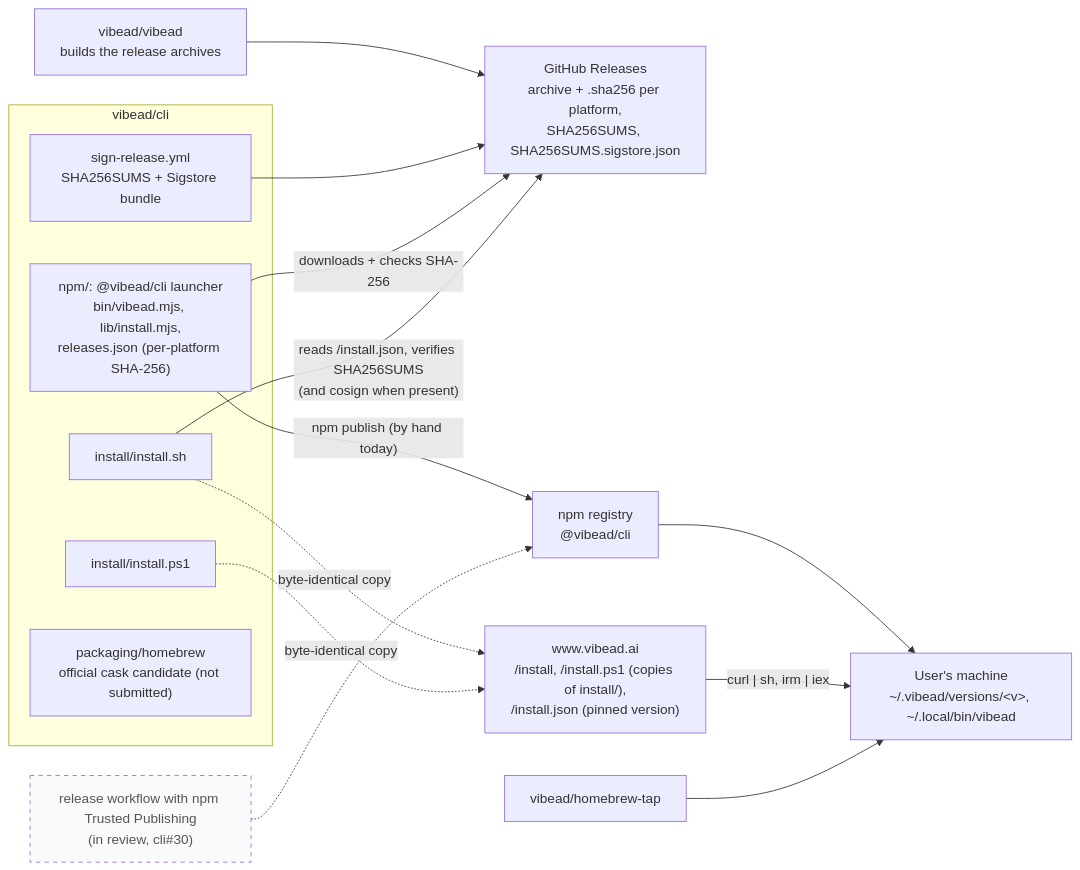
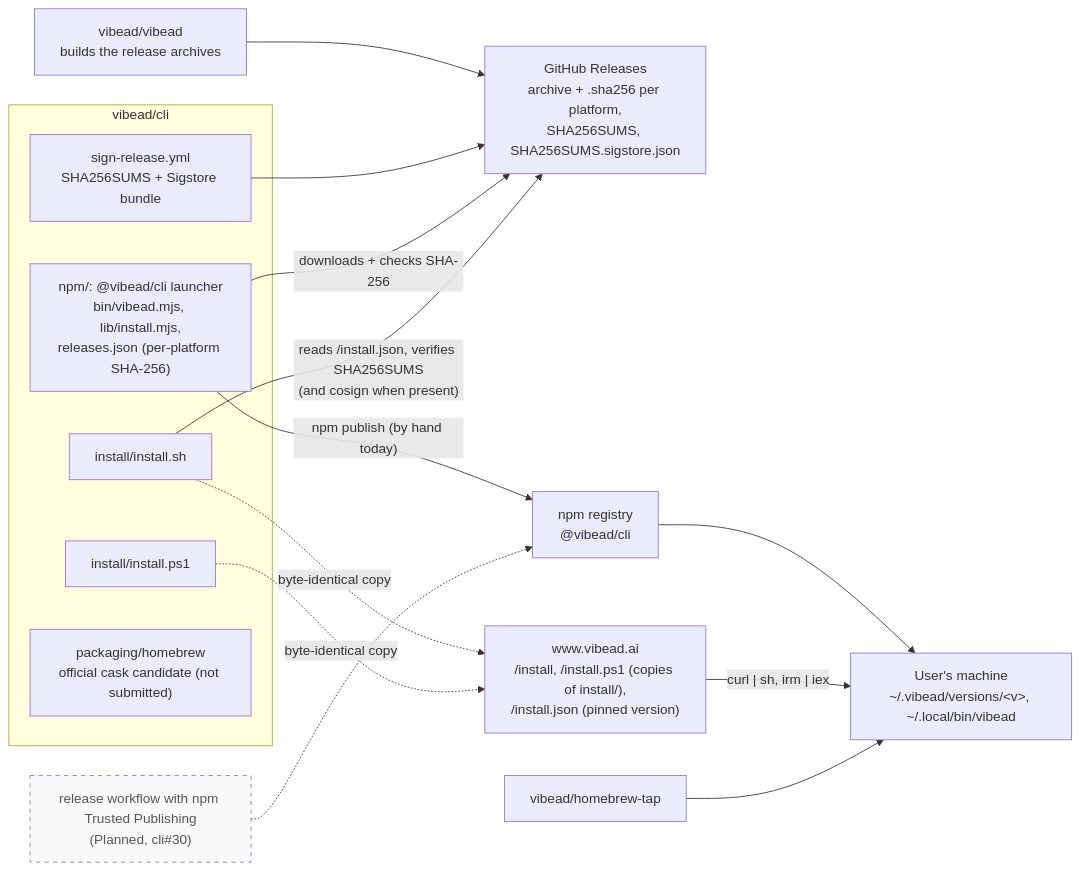
One commit to vibead/cli changed the first of 2 diagrams in docs/system-design/README.md. Above: the diagram before and after it, drawn with Mermaid. The commit also changed other lines of this file and 2 other files, not shown here.

Commit message:
Docs check: run the design-doc gate in CI ('Design doc updated' job); design doc uses the Live / Merged, not released / Planned legend

````diff
--- a/docs/system-design/README.md
+++ b/docs/system-design/README.md
@@ -11,30 +19,30 @@
 ```mermaid
 flowchart LR
   subgraph Repo["vibead/cli"]
     NPM["npm/: @vibead/cli launcher<br/>bin/vibead.mjs, lib/install.mjs,<br/>releases.json (per-platform SHA-256)"]
     SH["install/install.sh"]
     PS["install/install.ps1"]
     Sign["sign-release.yml<br/>SHA256SUMS + Sigstore bundle"]
     Cask["packaging/homebrew<br/>official cask candidate (not submitted)"]
   end
   Src["vibead/vibead<br/>builds the release archives"]
   Rel["GitHub Releases<br/>archive + .sha256 per platform,<br/>SHA256SUMS, SHA256SUMS.sigstore.json"]
   Reg["npm registry<br/>@vibead/cli"]
   Tap["vibead/homebrew-tap"]
   Site["www.vibead.ai<br/>/install, /install.ps1 (copies of install/),<br/>/install.json (pinned version)"]
   User["User's machine<br/>~/.vibead/versions/&lt;v&gt;, ~/.local/bin/vibead"]
-  TP["release workflow with npm Trusted Publishing<br/>(in review, cli#30)"]:::planned
+  TP["release workflow with npm Trusted Publishing<br/>(Planned, cli#30)"]:::planned
 
   Src --> Rel
   Sign --> Rel
   NPM -- "npm publish (by hand today)" --> Reg
   TP -.-> Reg
   Reg --> User
   NPM -- "downloads + checks SHA-256" --> Rel
   Site -- "curl | sh, irm | iex" --> User
   SH -. "byte-identical copy" .-> Site
   PS -. "byte-identical copy" .-> Site
   SH -- "reads /install.json, verifies SHA256SUMS<br/>(and cosign when present)" --> Rel
   Tap --> User
   classDef planned stroke-dasharray: 5 5,fill:#fafafa,color:#555
 ```
````
